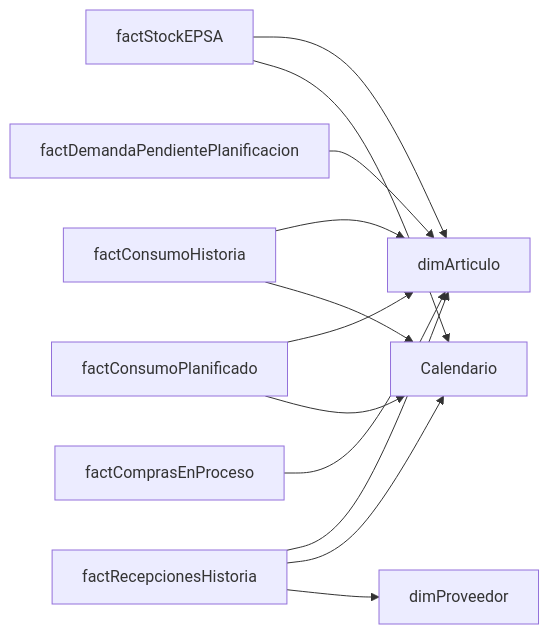
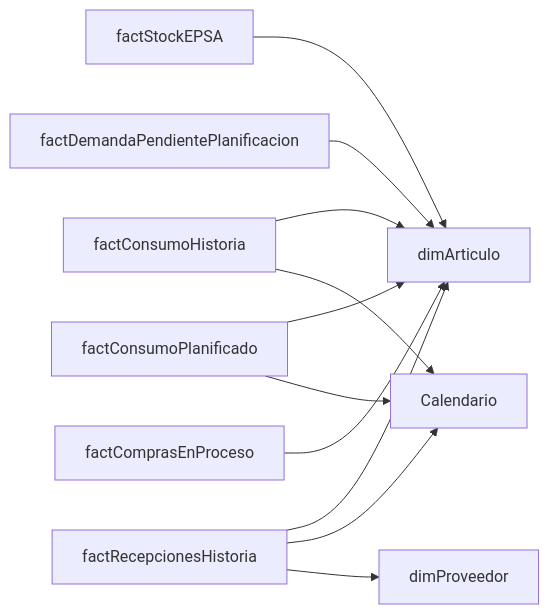
The diagram in docs/modelo_datos.md (andres-datouy/EPSA-Compras), drawn with Mermaid before and after one commit. The commit also changed other lines of this file and 3 other files, not shown here.

First line of the commit message:
fix: remove factStockEPSA-Calendario relationship (stock is snapshot, not date-filtered)

````diff
--- a/docs/modelo_datos.md
+++ b/docs/modelo_datos.md
@@ -256,24 +255,23 @@
 ```mermaid
 graph LR
     dimArticulo[dimArticulo]
     dimProveedor[dimProveedor]
     Calendario[Calendario]
     factStockEPSA[factStockEPSA]
     factConsumoHistoria[factConsumoHistoria]
     factConsumoPlanificado[factConsumoPlanificado]
     factDemandaPendientePlanificacion[factDemandaPendientePlanificacion]
     factRecepcionesHistoria[factRecepcionesHistoria]
     factComprasEnProceso[factComprasEnProceso]
 
     factStockEPSA --> dimArticulo
-    factStockEPSA --> Calendario
     factConsumoHistoria --> dimArticulo
     factConsumoHistoria --> Calendario
     factConsumoPlanificado --> dimArticulo
     factConsumoPlanificado --> Calendario
     factDemandaPendientePlanificacion --> dimArticulo
     factRecepcionesHistoria --> dimArticulo
     factRecepcionesHistoria --> Calendario
     factRecepcionesHistoria --> dimProveedor
     factComprasEnProceso --> dimArticulo
 ```
````
